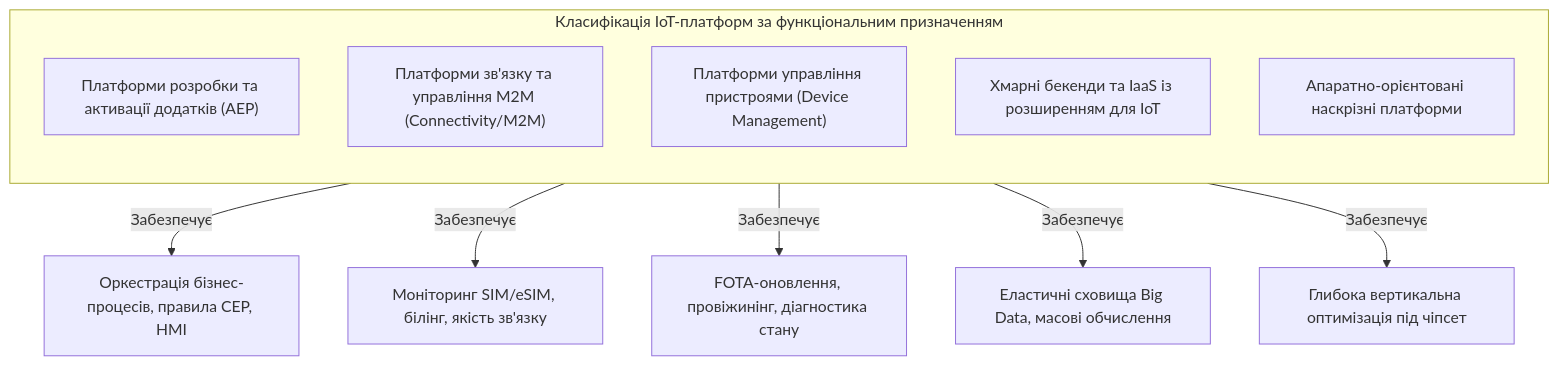
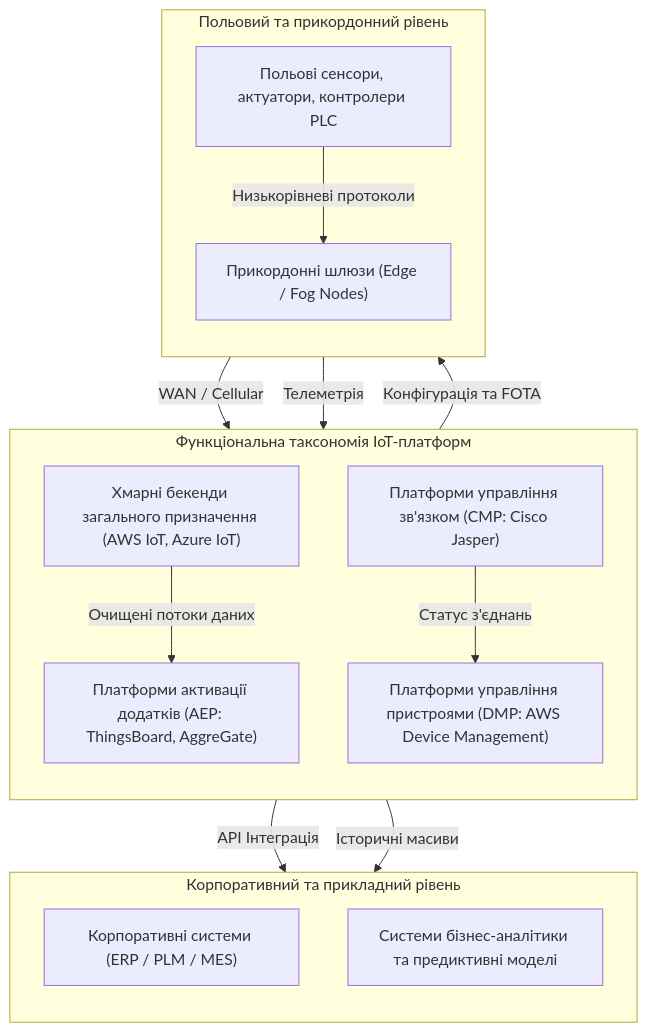
One commit to KyryloVadurin/iot-technologies changed the first of 5 diagrams in docs/lk/lk10.md. Above: the diagram before and after it, drawn with Mermaid. The commit also changed other lines of this file, not shown here.

````diff
--- a/docs/lk/lk10.md
+++ b/docs/lk/lk10.md
@@ -15,17 +53,31 @@
 ```mermaid
 flowchart TD
-    subgraph IoT_Platform_Taxonomy["Класифікація IoT-платформ за функціональним призначенням"]
+    subgraph EnterpriseLevel["Корпоративний та прикладний рівень"]
         direction TB
-        AEP["Платформи розробки та активації додатків (AEP)"]
-        CMP["Платформи зв'язку та управління M2M (Connectivity/M2M)"]
-        DMP["Платформи управління пристроями (Device Management)"]
-        CloudExt["Хмарні бекенди та IaaS із розширенням для IoT"]
-        HW_Specific["Апаратно-орієнтовані наскрізні платформи"]
+        ERP["Корпоративні системи (ERP / PLM / MES)"]
+        BI["Системи бізнес-аналітики та предиктивні моделі"]
     end
 
-    AEP -->|Забезпечує| Logic["Оркестрація бізнес-процесів, правила CEP, HMI"]
-    CMP -->|Забезпечує| Conn["Моніторинг SIM/eSIM, білінг, якість зв'язку"]
-    DMP -->|Забезпечує| Lifecycle["FOTA-оновлення, провіжинінг, діагностика стану"]
-    CloudExt -->|Забезпечує| Storage["Еластичні сховища Big Data, масові обчислення"]
-    HW_Specific -->|Забезпечує| Stack["Глибока вертикальна оптимізація під чіпсет"]
+    subgraph PlatformTaxonomy["Функціональна таксономія IoT-платформ"]
+        direction TB
+        AEP["Платформи активації додатків (AEP: ThingsBoard, AggreGate)"]
+        DMP["Платформи управління пристроями (DMP: AWS Device Management)"]
+        CMP["Платформи управління зв'язком (CMP: Cisco Jasper)"]
+        CloudCore["Хмарні бекенди загального призначення (AWS IoT, Azure IoT)"]
+    end
+
+    subgraph EdgeLevel["Польовий та прикордонний рівень"]
+        direction TB
+        Gateways["Прикордонні шлюзи (Edge / Fog Nodes)"]
+        FieldDevices["Польові сенсори, актуатори, контролери PLC"]
+    end
+
+    FieldDevices -->|Низькорівневі протоколи| Gateways
+    Gateways -->|WAN / Cellular| CMP
+    Gateways -->|Телеметрія| CloudCore
+    CMP -->|Статус з'єднань| DMP
+    DMP -->|Конфігурація та FOTA| Gateways
+    CloudCore -->|Очищені потоки даних| AEP
+    AEP -->|API Інтеграція| ERP
+    AEP -->|Історичні масиви| BI
 ```
````
